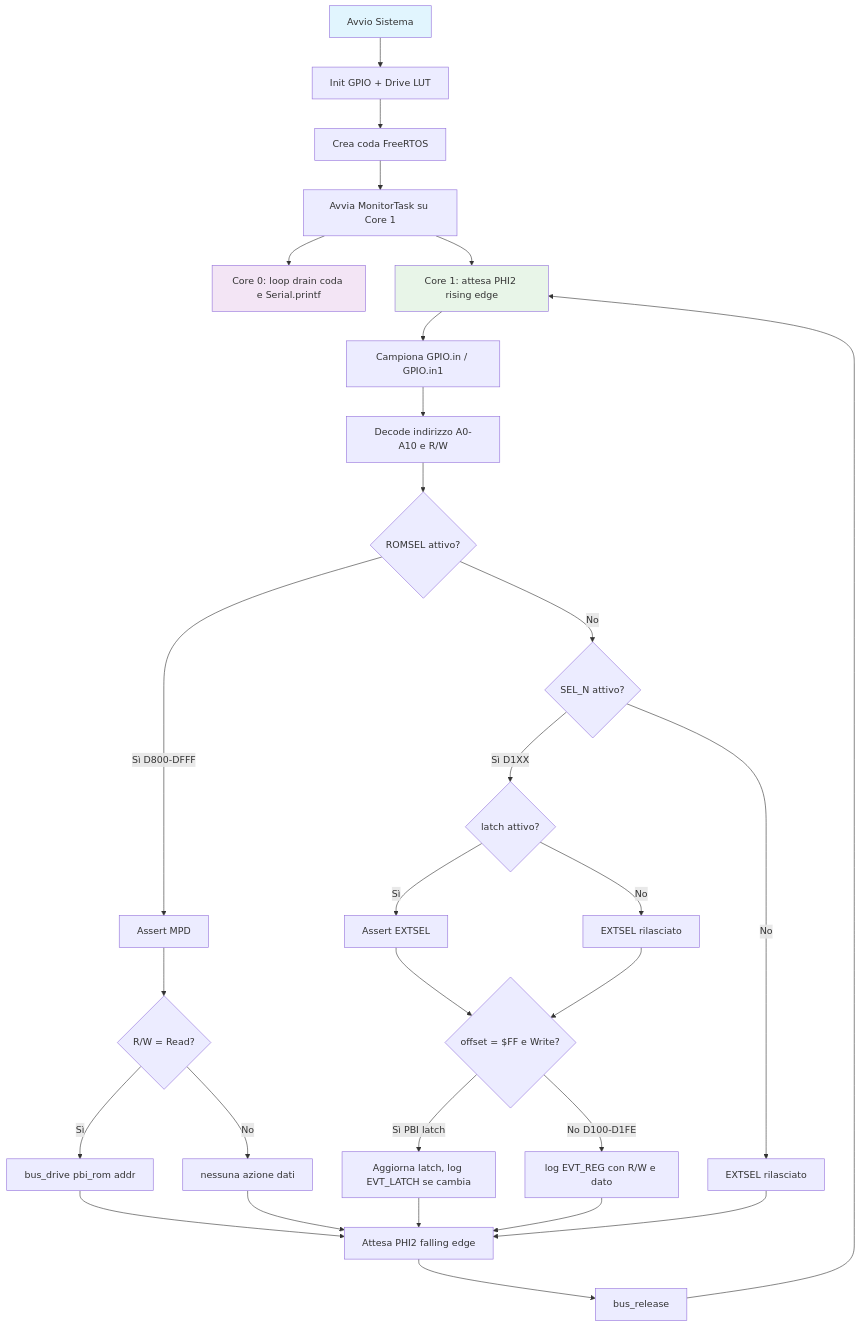
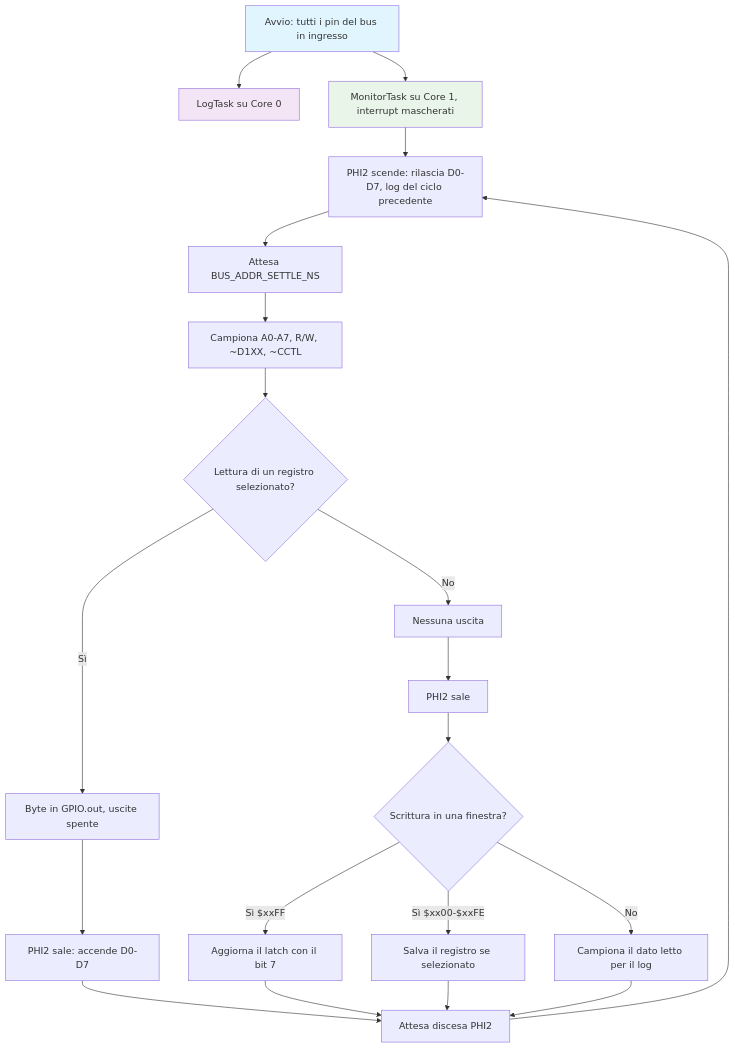
One commit to gianlucarenzi/ESP32-BOBOARD-5V changed the second of 4 diagrams in README.md. Above: the diagram before and after it, drawn with Mermaid. The commit also changed other lines of this file and 2 other files, not shown here.

First line of the commit message:
docs: board README and PIN-MAPPING for the ROM-less 6502_monitor firmware

````diff
--- a/README.md
+++ b/README.md
@@ -331,39 +310,26 @@
 ```mermaid
 flowchart TD
-    A[Avvio Sistema] --> B[Init GPIO + Drive LUT]
-    B --> C[Crea coda FreeRTOS]
-    C --> D[Avvia MonitorTask su Core 1]
-    D --> E[Core 0: loop drain coda e Serial.printf]
-    D --> F[Core 1: attesa PHI2 rising edge]
-
-    F --> G[Campiona GPIO.in / GPIO.in1]
-    G --> H[Decode indirizzo A0-A10 e R/W]
-    H --> I{ROMSEL attivo?}
-
-    I -->|Sì D800-DFFF| J[Assert MPD]
-    J --> K{R/W = Read?}
-    K -->|Sì| L[bus_drive pbi_rom addr]
-    K -->|No| M[nessuna azione dati]
-
-    I -->|No| N{SEL_N attivo?}
-    N -->|Sì D1XX| O{latch attivo?}
-    O -->|Sì| P[Assert EXTSEL]
-    O -->|No| Q[EXTSEL rilasciato]
-    P --> R{offset = $FF e Write?}
-    Q --> R
-    R -->|Sì PBI latch| S[Aggiorna latch, log EVT_LATCH se cambia]
-    R -->|No D100-D1FE| T[log EVT_REG con R/W e dato]
-    N -->|No| U[EXTSEL rilasciato]
-
-    L --> V[Attesa PHI2 falling edge]
-    M --> V
-    S --> V
-    T --> V
-    U --> V
-    V --> W[bus_release]
-    W --> F
+    A[Avvio: tutti i pin del bus in ingresso] --> B[LogTask su Core 0]
+    A --> C[MonitorTask su Core 1, interrupt mascherati]
+    C --> D[PHI2 scende: rilascia D0-D7, log del ciclo precedente]
+    D --> E[Attesa BUS_ADDR_SETTLE_NS]
+    E --> F[Campiona A0-A7, R/W, ~D1XX, ~CCTL]
+    F --> G{Lettura di un registro selezionato?}
+    G -->|Sì| H[Byte in GPIO.out, uscite spente]
+    G -->|No| I[Nessuna uscita]
+    H --> J[PHI2 sale: accende D0-D7]
+    I --> K[PHI2 sale]
+    J --> L[Attesa discesa PHI2]
+    K --> M{Scrittura in una finestra?}
+    M -->|Sì $xxFF| N[Aggiorna il latch con il bit 7]
+    M -->|Sì $xx00-$xxFE| O[Salva il registro se selezionato]
+    M -->|No| P[Campiona il dato letto per il log]
+    N --> L
+    O --> L
+    P --> L
+    L --> D
 
     style A fill:#e1f5fe
-    style E fill:#f3e5f5
-    style F fill:#e8f5e8
+    style B fill:#f3e5f5
+    style C fill:#e8f5e8
 ```
````
